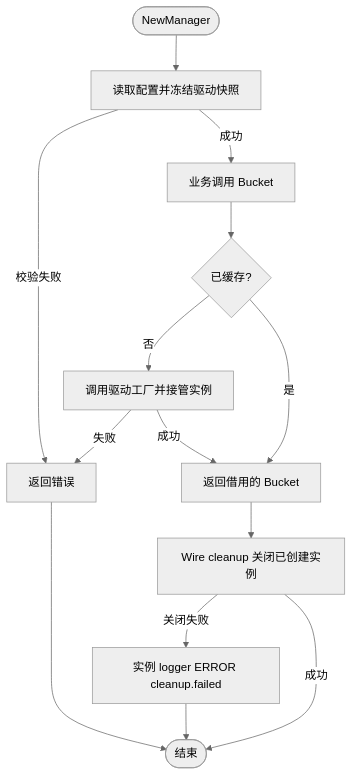
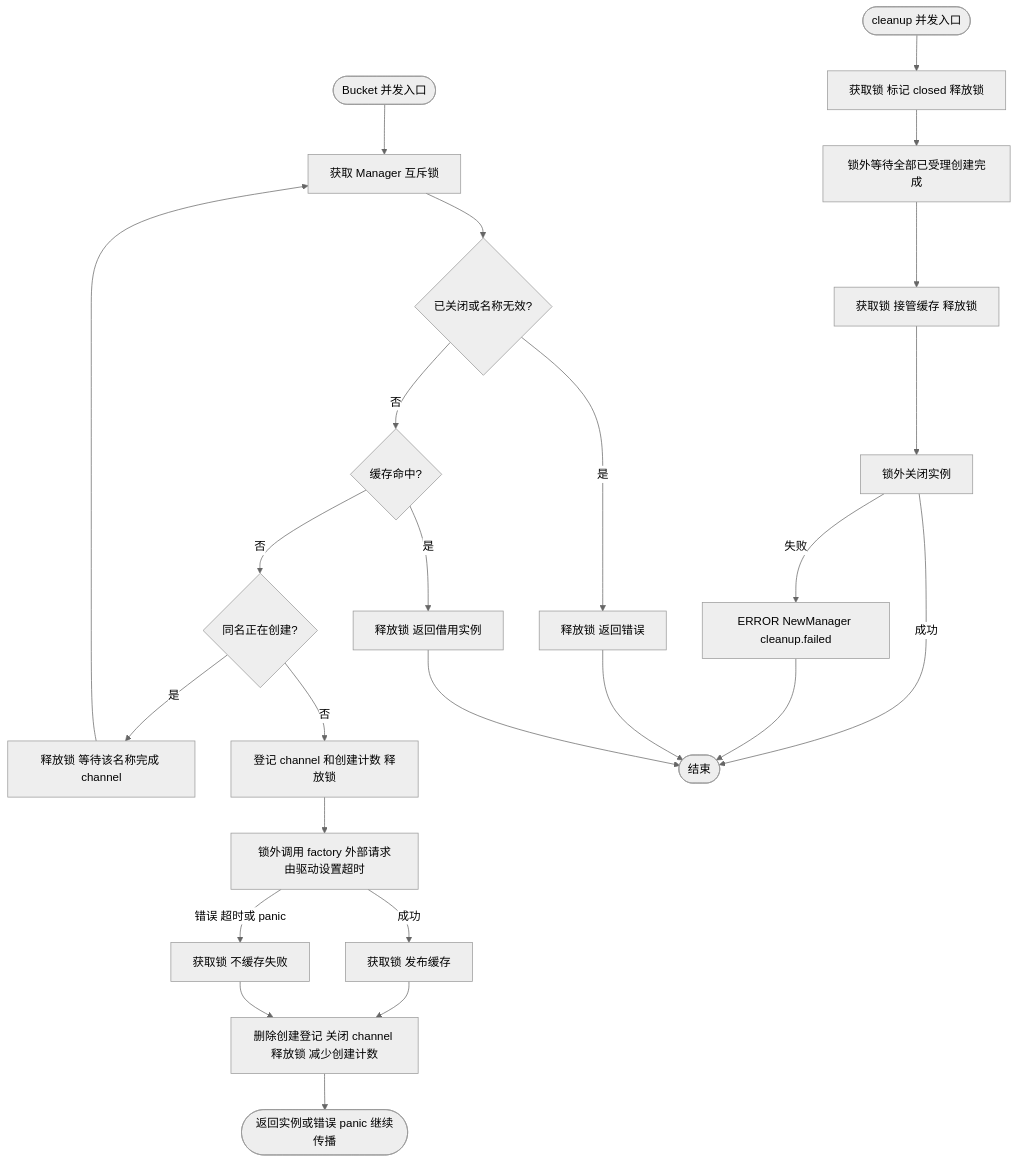
The first of 2 diagrams in pkg/oss/README.md (jaggerzhuang1994/kratos-foundation), drawn with Mermaid (neutral theme) before and after one commit. The commit also changed other lines of this file and 104 other files, not shown here.

````diff
--- a/pkg/oss/README.md
+++ b/pkg/oss/README.md
@@ -53,16 +57,27 @@
 ```mermaid
 flowchart TD
-    A([NewManager]) --> B[读取配置并冻结驱动快照]
-    B -- 校验失败 --> C[返回错误]
-    B -- 成功 --> D[业务调用 Bucket]
-    D --> E{已缓存?}
-    E -- 否 --> F[调用驱动工厂并接管实例]
-    F -- 失败 --> C
-    E -- 是 --> G[返回借用的 Bucket]
-    F -- 成功 --> G
-    G --> H[Wire cleanup 关闭已创建实例]
-    H -- 关闭失败 --> I[实例 logger ERROR cleanup.failed]
-    H -- 成功 --> J([结束])
-    I --> J
-    C --> J
+    A([Bucket 并发入口]) --> B[获取 Manager 互斥锁]
+    B --> C{已关闭或名称无效?}
+    C -- 是 --> D[释放锁 返回错误]
+    C -- 否 --> E{缓存命中?}
+    E -- 是 --> F[释放锁 返回借用实例]
+    E -- 否 --> G{同名正在创建?}
+    G -- 是 --> H[释放锁 等待该名称完成 channel]
+    H --> B
+    G -- 否 --> I[登记 channel 和创建计数 释放锁]
+    I --> J[锁外调用 factory 外部请求由驱动设置超时]
+    J -- 成功 --> K[获取锁 发布缓存]
+    J -- 错误 超时或 panic --> L[获取锁 不缓存失败]
+    K --> M[删除创建登记 关闭 channel 释放锁 减少创建计数]
+    L --> M
+    M --> N([返回实例或错误 panic 继续传播])
+    O([cleanup 并发入口]) --> P[获取锁 标记 closed 释放锁]
+    P --> Q[锁外等待全部已受理创建完成]
+    Q --> R[获取锁 接管缓存 释放锁]
+    R --> S[锁外关闭实例]
+    S -- 失败 --> T[ERROR NewManager cleanup.failed]
+    S -- 成功 --> U([结束])
+    T --> U
+    D --> U
+    F --> U
 ```
````
